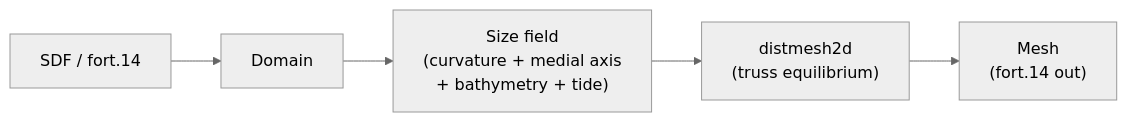
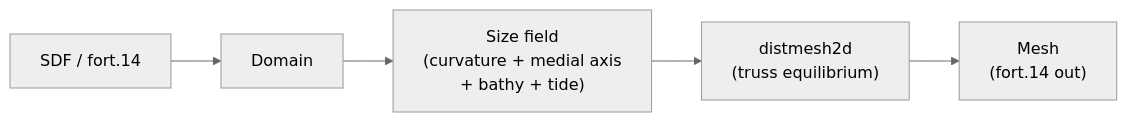
One commit to domattioli/ADMESH changed the diagram in README.md. Above: the diagram before and after it, drawn with Mermaid (neutral theme). The commit also changed other lines of this file, not shown here.

````diff
--- a/README.md
+++ b/README.md
@@ -95,7 +105,7 @@
 ```mermaid
 flowchart LR
     A["SDF / fort.14"] --> B["Domain"]
-    B --> C["Size field<br>(curvature + medial axis<br>+ bathymetry + tide)"]
-    C --> D["distmesh2d<br>(truss equilibrium)"]
-    D --> E["Mesh<br>(fort.14 out)"]
+    B --> C["Size field\n(curvature + medial axis\n+ bathy + tide)"]
+    C --> D["distmesh2d\n(truss equilibrium)"]
+    D --> E["Mesh\n(fort.14 out)"]
 ```
````
